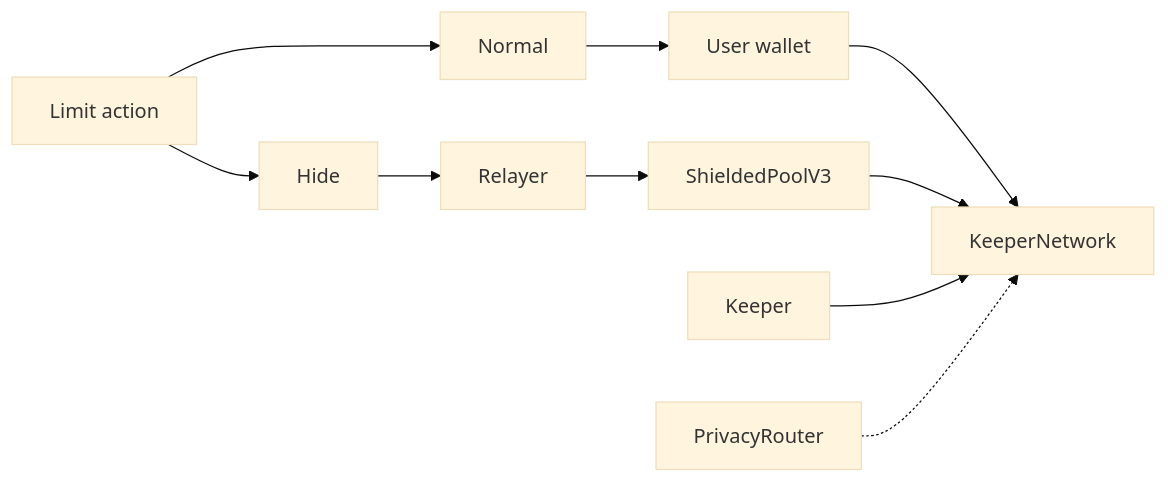
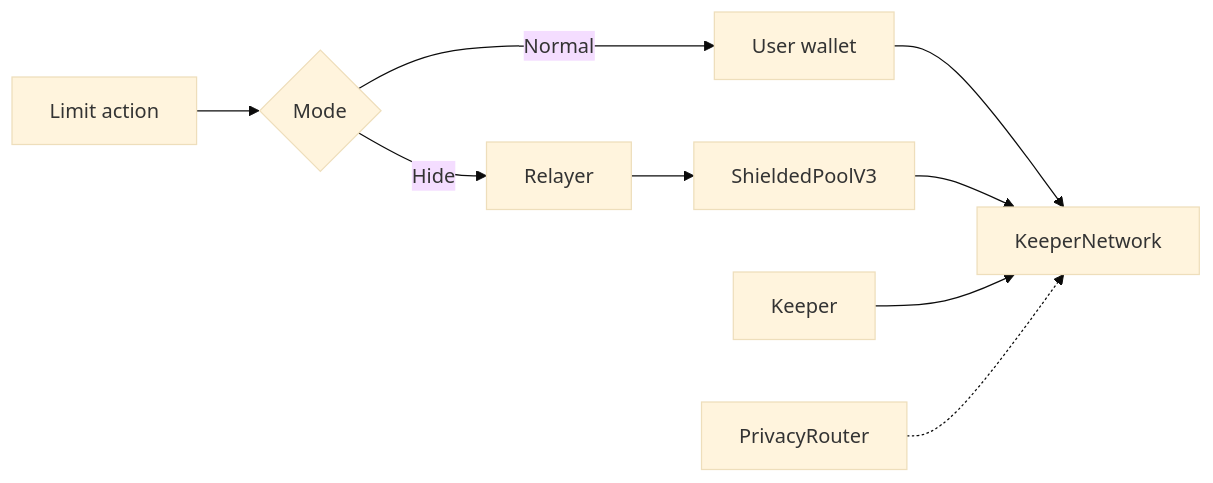
Before and after one commit to ntfound-dev/zkcarel_protocol: the third of 4 diagrams in smartcontract/README.md, drawn with Mermaid (base theme). The commit also changed other lines of this file and 1 other file, not shown here.

Commit message:
docs: clarify flow diagram contract naming

````diff
--- a/smartcontract/README.md
+++ b/smartcontract/README.md
@@ -146,12 +148,11 @@
 ```mermaid
 flowchart LR
-  A[Limit action] --> N[Normal]
-  N --> U[User wallet]
+  A[Limit action] --> B{Mode}
+  B -->|Normal| U[User wallet]
   U --> LOB[KeeperNetwork]
-  A --> H[Hide]
-  H --> R[Relayer]
+  B -->|Hide| R[Relayer]
   R --> EXEC[ShieldedPoolV3]
   EXEC --> LOB
   K[Keeper] --> LOB
   PRIV[PrivacyRouter] -.-> LOB
 ```
````
